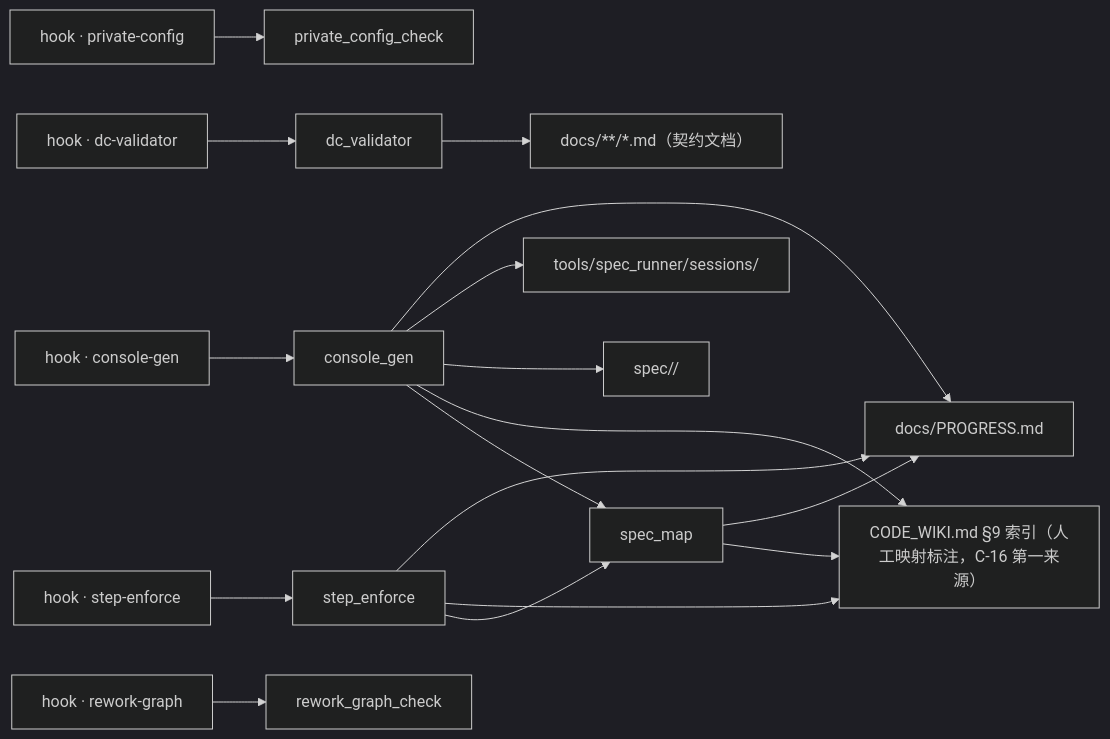
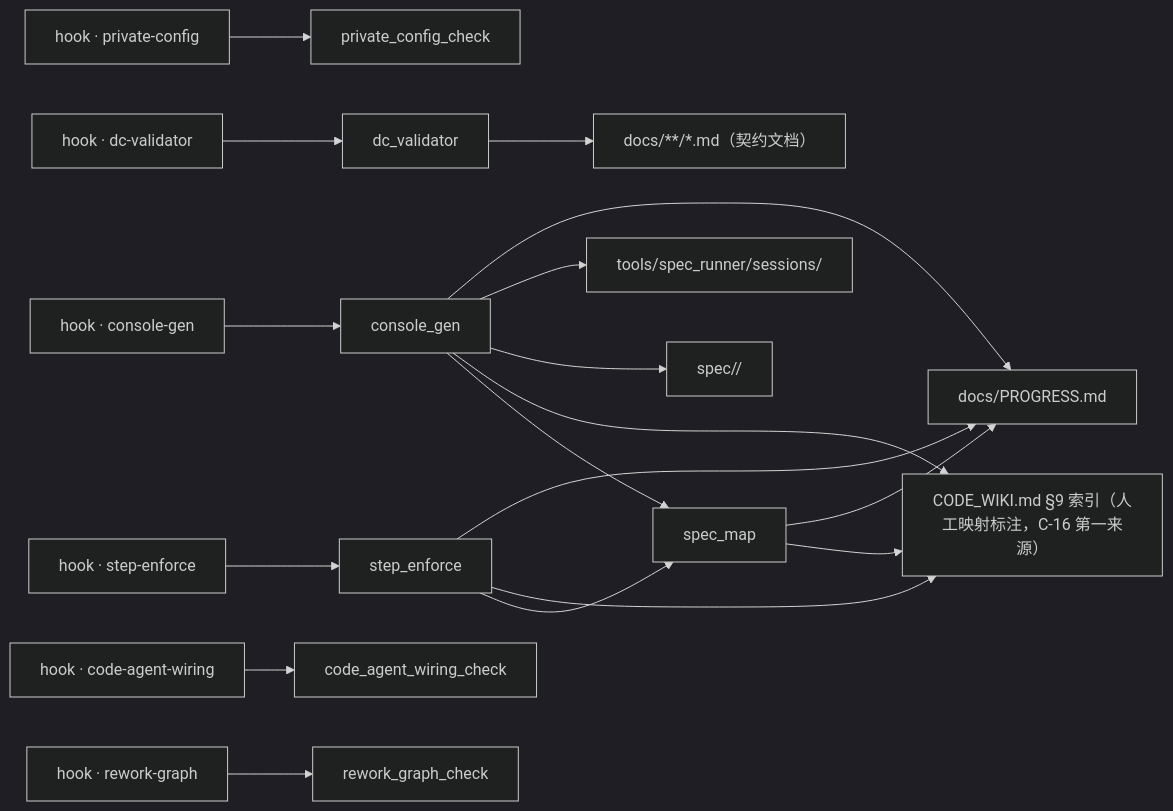
Before and after one commit to StormstoutLau/AutoResearchClaw: the second of 14 diagrams in docs/CONSOLE.md, drawn with Mermaid (dark theme). The commit also changed other lines of this file and 22 other files, not shown here.

First line of the commit message:
feat(code-agent): wire the CLI backend seam into stages 10 and 13

````diff
--- a/docs/CONSOLE.md
+++ b/docs/CONSOLE.md
@@ -59,19 +61,20 @@
 ```mermaid
 flowchart LR
     H_private_config["hook · private-config"] --> private_config_check[private_config_check]
     H_dc_validator["hook · dc-validator"] --> dc_validator[dc_validator]
     H_step_enforce["hook · step-enforce"] --> step_enforce[step_enforce]
     H_console_gen["hook · console-gen"] --> console_gen[console_gen]
+    H_code_agent_wiring["hook · code-agent-wiring"] --> code_agent_wiring_check[code_agent_wiring_check]
     H_rework_graph["hook · rework-graph"] --> rework_graph_check[rework_graph_check]
     console_gen[console_gen] --> TS_progress["docs/PROGRESS.md"]
     console_gen[console_gen] --> TS_sessions["tools/spec_runner/sessions/"]
     console_gen[console_gen] --> TS_spec["spec/<feature>/"]
     console_gen[console_gen] --> TS_wiki["CODE_WIKI.md §9 索引（人工映射标注，C-16 第一来源）"]
     dc_validator[dc_validator] --> TS_md["docs/**/*.md（契约文档）"]
     spec_map[spec_map] --> TS_progress["docs/PROGRESS.md"]
     spec_map[spec_map] --> TS_wiki["CODE_WIKI.md §9 索引（人工映射标注，C-16 第一来源）"]
     step_enforce[step_enforce] --> TS_progress["docs/PROGRESS.md"]
     step_enforce[step_enforce] --> TS_wiki["CODE_WIKI.md §9 索引（人工映射标注，C-16 第一来源）"]
     console_gen --> spec_map
     step_enforce --> spec_map
 ```
````
